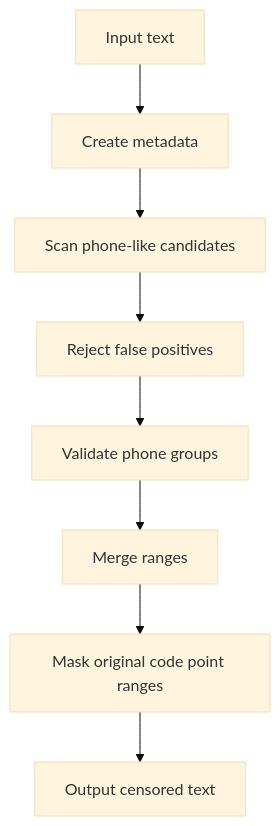
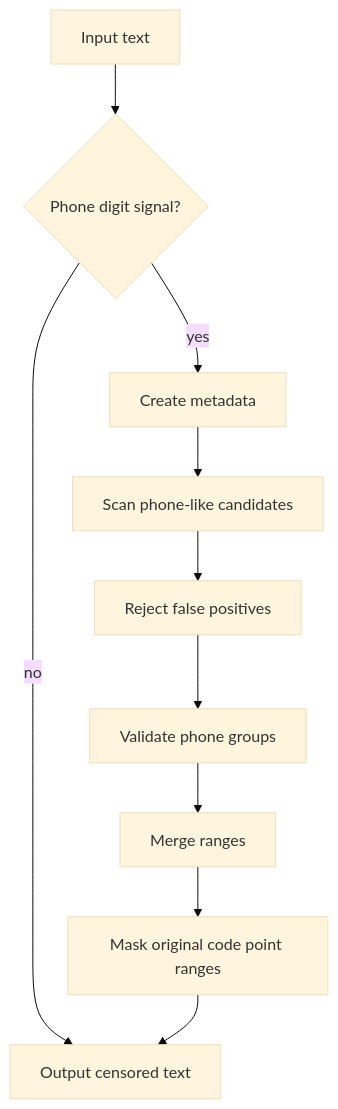
Before and after one commit to textfilters/phone: the first of 2 diagrams in docs/architecture.md, drawn with Mermaid (base theme). The commit also changed other lines of this file and 5 other files, not shown here.

First line of the commit message:
Introduce phone scanner prefilter

````diff
--- a/docs/architecture.md
+++ b/docs/architecture.md
@@ -28,10 +31,12 @@
 ```mermaid
 flowchart TD
-  input["Input text"] --> meta["Create metadata"]
+  input["Input text"] --> prefilter{"Phone digit signal?"}
+  prefilter -->|yes| meta["Create metadata"]
+  prefilter -->|no| output
   meta --> scan["Scan phone-like candidates"]
   scan --> reject["Reject false positives"]
   reject --> validate["Validate phone groups"]
   validate --> merge["Merge ranges"]
   merge --> mask["Mask original code point ranges"]
   mask --> output["Output censored text"]
 ```
````
